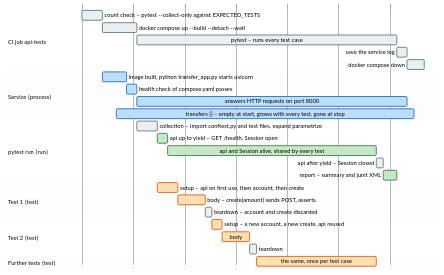
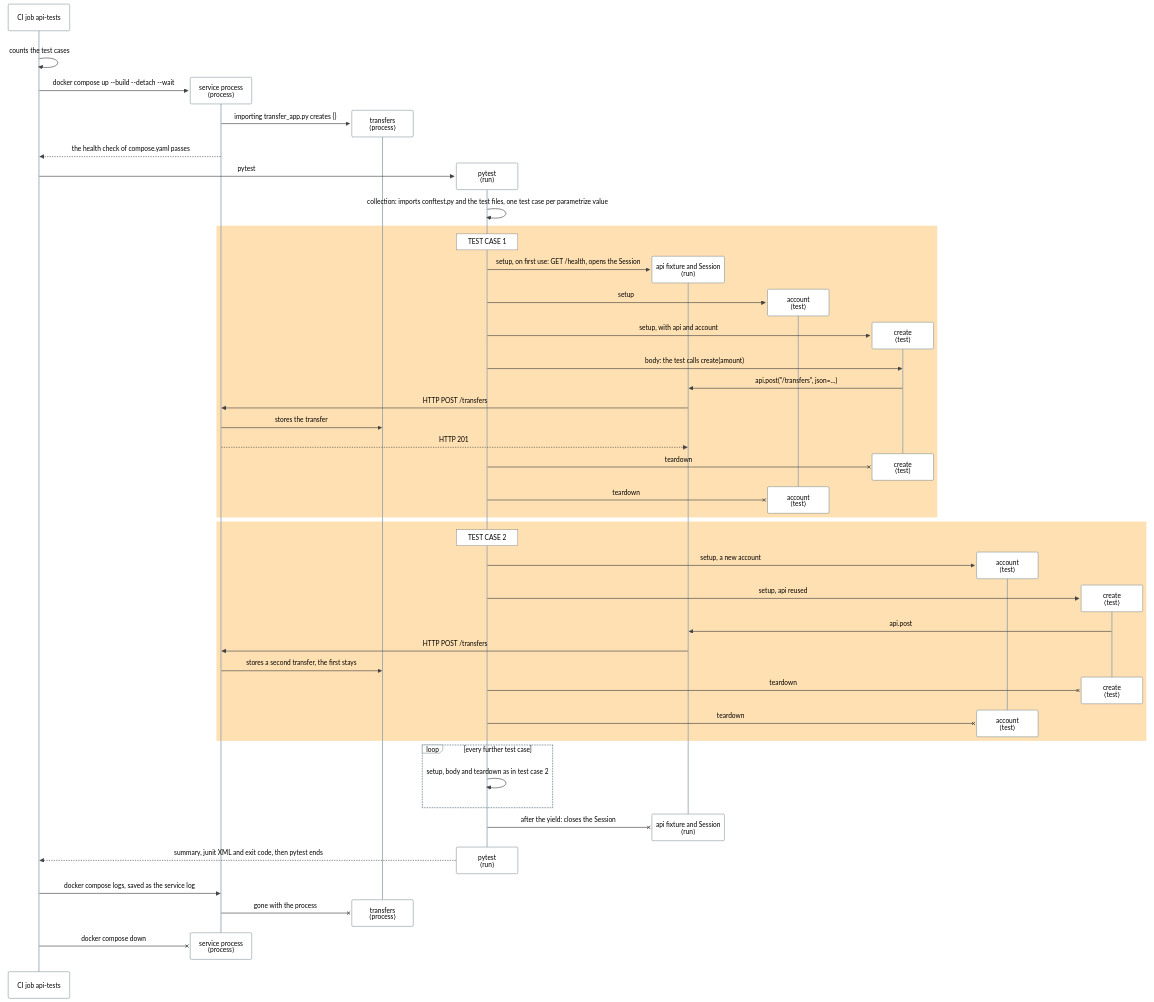
The third of 4 diagrams in docs/how-the-tests-work.md (tiavelum/test-automation-demo), drawn with Mermaid before and after one commit. The commit also changed other lines of this file, not shown here.

First line of the commit message:
docs: redraw the diagrams of how the tests work for readability

````diff
--- a/docs/how-the-tests-work.md
+++ b/docs/how-the-tests-work.md
@@ -188,40 +208,64 @@
 ```mermaid
-%%{init: {"theme": "base", "gantt": {"barHeight": 24, "barGap": 6, "topPadding": 40, "leftPadding": 190, "fontSize": 14, "sectionFontSize": 14, "numberSectionStyles": 2}, "themeVariables": {"fontSize": "14px", "sectionBkgColor": "#FFFFFF", "altSectionBkgColor": "#F5F5F5", "sectionBkgColor2": "#FFFFFF", "taskBkgColor": "#FFE0B2", "taskBorderColor": "#E65100", "taskTextColor": "#000000", "taskTextDarkColor": "#000000", "taskTextOutsideColor": "#000000", "taskTextLightColor": "#000000", "activeTaskBkgColor": "#C8E6C9", "activeTaskBorderColor": "#2E7D32", "doneTaskBkgColor": "#BBDEFB", "doneTaskBorderColor": "#1565C0", "critBkgColor": "#ECEFF1", "critBorderColor": "#546E7A", "gridColor": "#E0E0E0"}}}%%
-gantt
-  dateFormat HH:mm:ss
-  axisFormat ·
-  todayMarker off
+%%{init: {"theme": "base", "sequence": {"actorMargin": 30, "messageMargin": 34, "mirrorActors": true}, "themeVariables": {"darkMode": false, "background": "#FFFFFF", "fontSize": "15px", "textColor": "#212121", "titleColor": "#212121", "primaryTextColor": "#212121", "secondaryTextColor": "#212121", "tertiaryTextColor": "#212121", "lineColor": "#424242", "actorBkg": "#FFFFFF", "actorBorder": "#546E7A", "actorTextColor": "#000000", "actorLineColor": "#90A4AE", "signalColor": "#424242", "signalTextColor": "#000000", "noteBkgColor": "#FFFFFF", "noteBorderColor": "#757575", "noteTextColor": "#000000", "labelBoxBkgColor": "#FFFFFF", "labelBoxBorderColor": "#546E7A", "labelTextColor": "#000000", "loopTextColor": "#000000"}}}%%
+sequenceDiagram
+  participant CI as CI job api-tests
+  rect rgb(255, 255, 255)
+  CI->>CI: counts the test cases
+  create participant SV as service process<br/>⟨process⟩
+  CI->>SV: docker compose up --build --detach --wait
+  create participant TR as transfers<br/>⟨process⟩
+  SV->>TR: importing transfer_app.py creates {}
+  SV-->>CI: the health check of compose.yaml passes
+  create participant PY as pytest<br/>⟨run⟩
+  CI->>PY: pytest
+  PY->>PY: collection: imports conftest.py and the test files, one test case per parametrize value
 
-  section CI job api-tests
-    count check – pytest --collect-only against EXPECTED_TESTS :crit, c1, 00:00:00, 00:00:06
-    docker compose up --build --detach --wait         :crit, c2, 00:00:06, 00:00:16
-    pytest – runs every test case                     :crit, c3, 00:00:16, 00:01:32
-    save the service log                              :crit, c4, 00:01:32, 00:01:35
-    docker compose down                               :crit, c5, 00:01:35, 00:01:40
+  rect rgb(255, 224, 178)
+    Note over PY: TEST CASE 1
+    create participant API as api fixture and Session<br/>⟨run⟩
+    PY->>API: setup, on first use: GET /health, opens the Session
+    create participant A1 as account<br/>⟨test⟩
+    PY->>A1: setup
+    create participant C1 as create<br/>⟨test⟩
+    PY->>C1: setup, with api and account
+    PY->>C1: body: the test calls create(amount)
+    C1->>API: api.post("/transfers", json=…)
+    API->>SV: HTTP POST /transfers
+    SV->>TR: stores the transfer
+    SV-->>API: HTTP 201
+    destroy C1
+    PY-xC1: teardown
+    destroy A1
+    PY-xA1: teardown
+  end
 
-  section Service ⟨process⟩
-    image built, python transfer_app.py starts uvicorn :done, s1, 00:00:06, 00:00:13
-    health check of compose.yaml passes               :done, s2, 00:00:13, 00:00:16
-    answers HTTP requests on port 8000                :done, s3, 00:00:16, 00:01:35
-    transfers {} – empty at start, grows with every test, gone at stop :done, s4, 00:00:10, 00:01:37
+  rect rgb(255, 224, 178)
+    Note over PY: TEST CASE 2
+    create participant A2 as account<br/>⟨test⟩
+    PY->>A2: setup, a new account
+    create participant C2 as create<br/>⟨test⟩
+    PY->>C2: setup, api reused
+    C2->>API: api.post
+    API->>SV: HTTP POST /transfers
+    SV->>TR: stores a second transfer, the first stays
+    destroy C2
+    PY-xC2: teardown
+    destroy A2
+    PY-xA2: teardown
+  end
 
-  section pytest run ⟨run⟩
-    collection – import conftest.py and test files, expand parametrize :crit, r1, 00:00:16, 00:00:22
-    api up to yield – GET /health, Session open        :active, r2, 00:00:22, 00:00:25
-    api and Session alive, shared by every test        :active, r3, 00:00:25, 00:01:26
-    api after yield – Session closed                   :crit, r4, 00:01:26, 00:01:28
-    report – summary and junit XML                     :active, r5, 00:01:28, 00:01:32
+  loop every further test case
+    PY->>PY: setup, body and teardown as in test case 2
+  end
 
-  section Test 1 ⟨test⟩
-    setup – api on first use, then account, then create :t1a, 00:00:22, 00:00:28
-    body – create(amount) sends POST, asserts          :t1b, 00:00:28, 00:00:36
-    teardown – account and create discarded           :crit, t1c, 00:00:36, 00:00:38
-
-  section Test 2 ⟨test⟩
-    setup – a new account, a new create, api reused   :t2a, 00:00:38, 00:00:41
-    body                                             :t2b, 00:00:41, 00:00:49
-    teardown                                         :crit, t2c, 00:00:49, 00:00:51
-
-  section Further tests ⟨test⟩
-    the same, once per test case                     :t3, 00:00:51, 00:01:26
+  destroy API
+  PY-xAPI: after the yield: closes the Session
+  destroy PY
+  PY-->>CI: summary, junit XML and exit code, then pytest ends
+  CI->>SV: docker compose logs, saved as the service log
+  destroy TR
+  SV-xTR: gone with the process
+  destroy SV
+  CI-xSV: docker compose down
+  end
 ```
````
